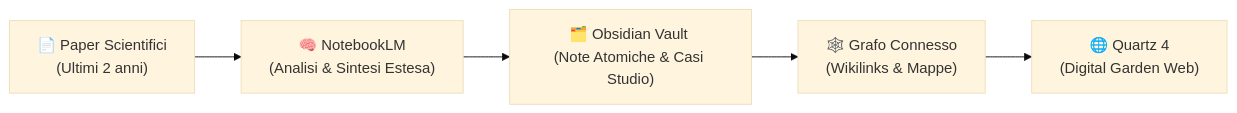
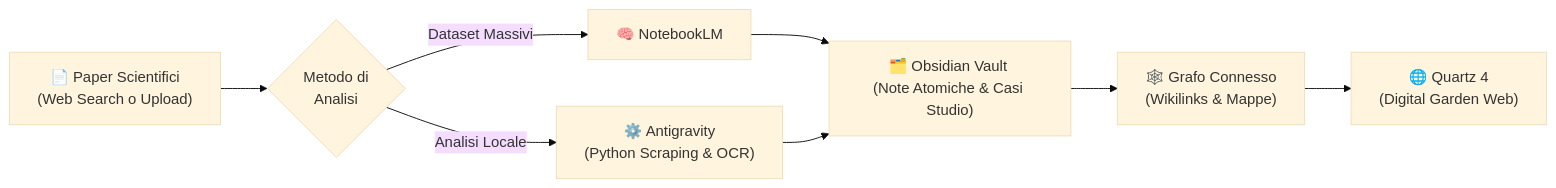
One commit to amagaro/Salvatore_Ricercatore changed the diagram in content/index.md. Above: the diagram before and after it, drawn with Mermaid (base theme). The commit also changed other lines of this file, not shown here.

````diff
--- a/content/index.md
+++ b/content/index.md
@@ -58,7 +58,10 @@
 ```mermaid
 graph LR
-    Fonti["📄 Paper Scientifici <br>(Ultimi 2 anni)"] --> NBLM["🧠 NotebookLM <br>(Analisi & Sintesi Estesa)"]
+    Fonti["📄 Paper Scientifici <br>(Web Search o Upload)"] --> Bivio{Metodo di<br>Analisi}
+    Bivio -->|Dataset Massivi| NBLM["🧠 NotebookLM"]
+    Bivio -->|Analisi Locale| AG["⚙️ Antigravity <br>(Python Scraping & OCR)"]
     NBLM --> Vault["🗂️ Obsidian Vault <br>(Note Atomiche & Casi Studio)"]
+    AG --> Vault
     Vault --> Graph["🕸️ Grafo Connesso <br>(Wikilinks & Mappe)"]
     Graph --> Quartz["🌐 Quartz 4 <br>(Digital Garden Web)"]
 ```
````
